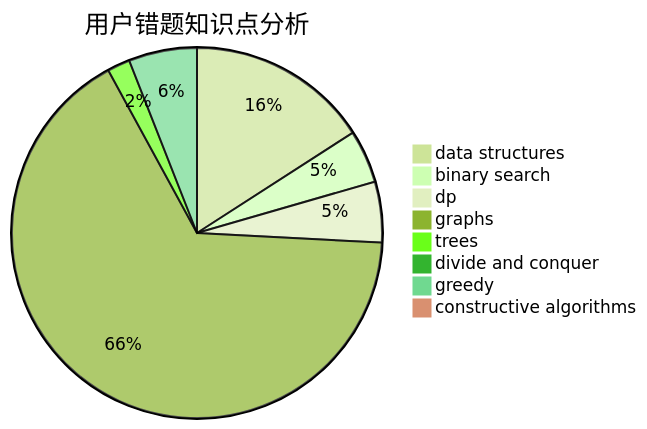
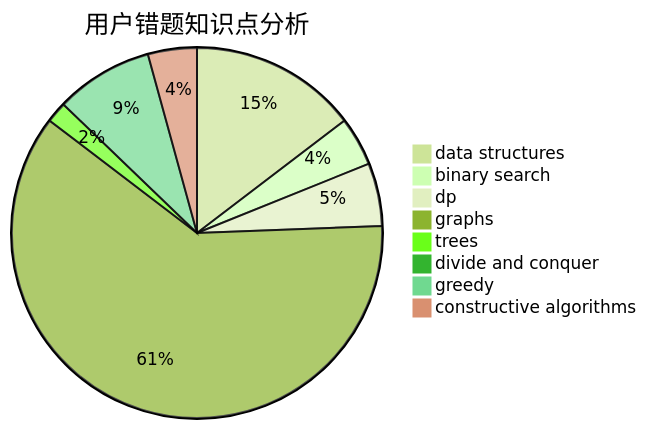
The third of 3 diagrams in docs/user/u2043.md (sherpahu/cfrs.github.io), drawn with Mermaid (forest theme) before and after one commit. The commit also changed other lines of this file and 2770 other files, not shown here.

````diff
--- a/docs/user/u2043.md
+++ b/docs/user/u2043.md
@@ -36,11 +36,11 @@
 ```mermaid
 pie title 用户错题知识点分析
     "data structures" :  24
     "binary search" :  7
-    "dp" :  8
+    "dp" :  9
     "graphs" :  100
     "trees" :  3
     "divide and conquer" :  0
-    "greedy" :  9
-    "constructive algorithms" :  1
+    "greedy" :  14
+    "constructive algorithms" :  7
 ```
````
